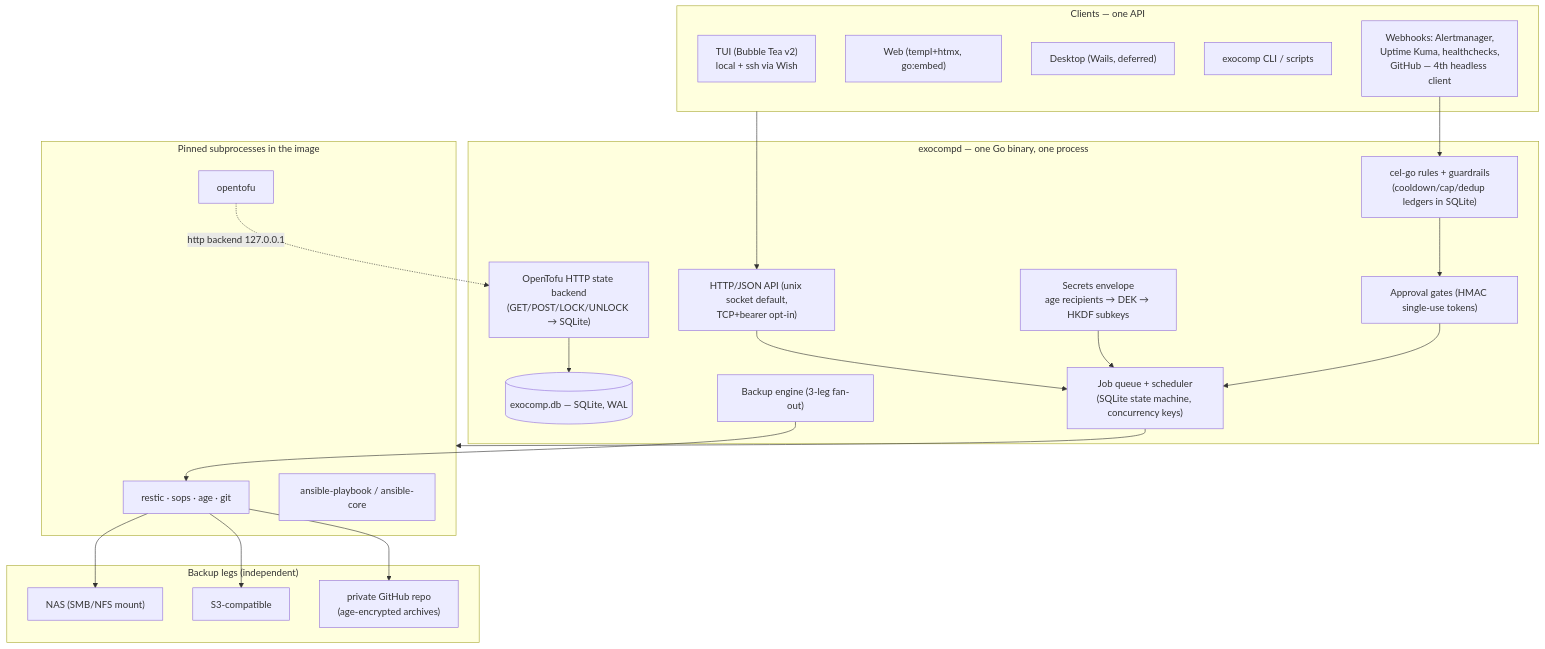
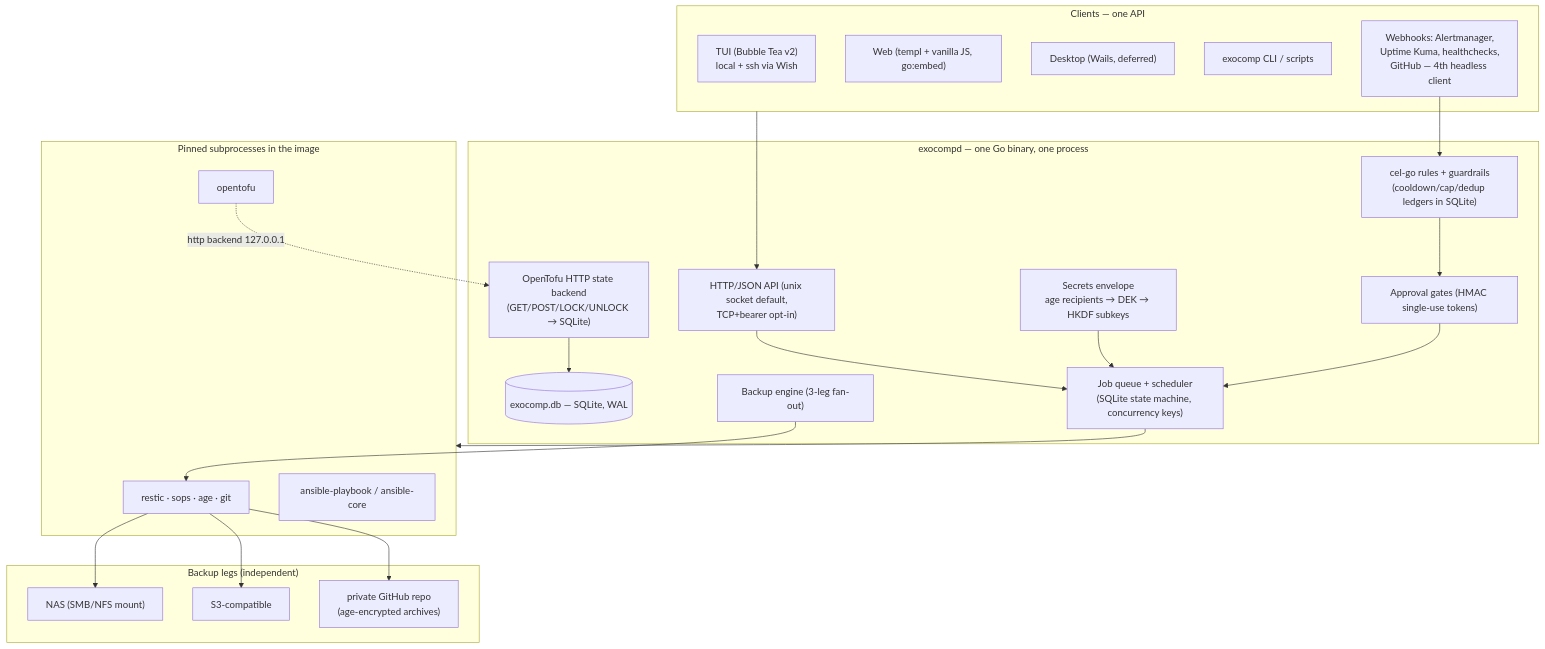
The diagram in docs/architecture/overview.md (agync/exocomp), drawn with Mermaid before and after one commit. The commit also changed 7 other files, not shown here.

Commit message:
build(web): drop unused htmx

````diff
--- a/docs/architecture/overview.md
+++ b/docs/architecture/overview.md
@@ -8,39 +8,39 @@
 ```mermaid
 graph TB
     subgraph clients["Clients — one API"]
         TUI["TUI (Bubble Tea v2)<br/>local + ssh via Wish"]
-        WEB["Web (templ+htmx, go:embed)"]
+        WEB["Web (templ + vanilla JS, go:embed)"]
         DESK["Desktop (Wails, deferred)"]
         CLI["exocomp CLI / scripts"]
         HOOKS["Webhooks: Alertmanager,<br/>Uptime Kuma, healthchecks,<br/>GitHub — 4th headless client"]
     end
 
     subgraph core["exocompd — one Go binary, one process"]
         API["HTTP/JSON API (unix socket default,<br/>TCP+bearer opt-in)"]
         Q["Job queue + scheduler<br/>(SQLite state machine, concurrency keys)"]
         RULES["cel-go rules + guardrails<br/>(cooldown/cap/dedup ledgers in SQLite)"]
         GATE["Approval gates (HMAC single-use tokens)"]
         VAULT["Secrets envelope<br/>age recipients → DEK → HKDF subkeys"]
         TFB["OpenTofu HTTP state backend<br/>(GET/POST/LOCK/UNLOCK → SQLite)"]
         BK["Backup engine (3-leg fan-out)"]
         DB[("exocomp.db — SQLite, WAL")]
     end
 
     subgraph tools["Pinned subprocesses in the image"]
         T1["ansible-playbook / ansible-core"]
         T2["opentofu"]
         T3["restic · sops · age · git"]
     end
 
     subgraph targets["Backup legs (independent)"]
         NAS["NAS (SMB/NFS mount)"]
         S3["S3-compatible"]
         GH["private GitHub repo<br/>(age-encrypted archives)"]
     end
 
     clients --> API --> Q --> tools
     HOOKS --> RULES --> GATE --> Q
     VAULT --> Q
     T2 -.->|http backend 127.0.0.1| TFB --> DB
     BK --> T3 --> NAS & S3 & GH
 ```
````
